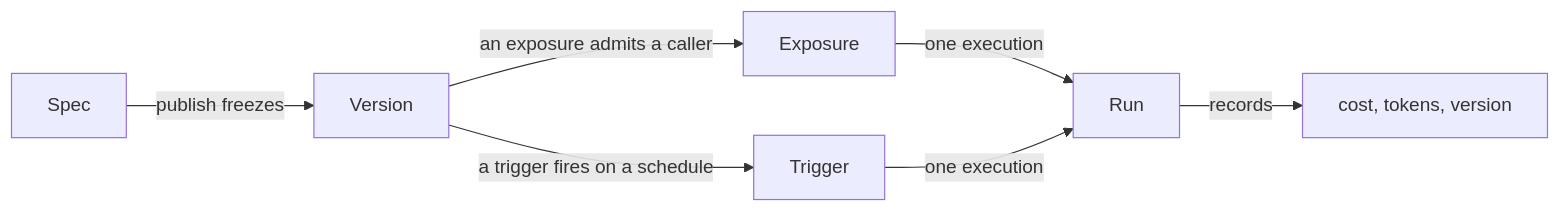
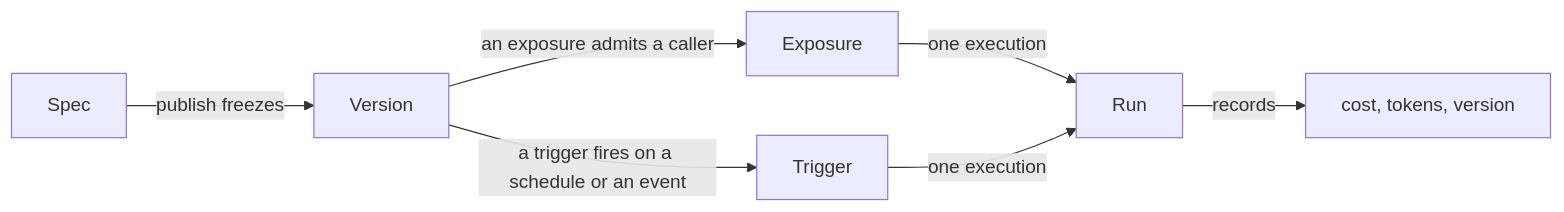
One commit to vstorm-co/agenticos changed the diagram in docs/concepts.md. Above: the diagram before and after it, drawn with Mermaid. The commit also changed other lines of this file and 19 other files, not shown here.

````diff
--- a/docs/concepts.md
+++ b/docs/concepts.md
@@ -6,9 +6,9 @@
 ```mermaid
 graph LR
     S[Spec] -->|publish freezes| V[Version]
     V -->|an exposure admits a caller| E[Exposure]
-    V -->|a trigger fires on a schedule| T[Trigger]
+    V -->|a trigger fires on a schedule or an event| T[Trigger]
     E -->|one execution| R[Run]
     T -->|one execution| R
     R -->|records| C[cost, tokens, version]
 ```
````
